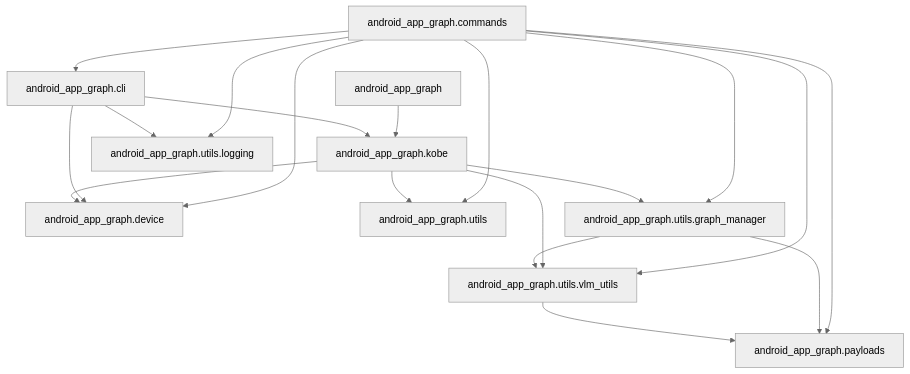
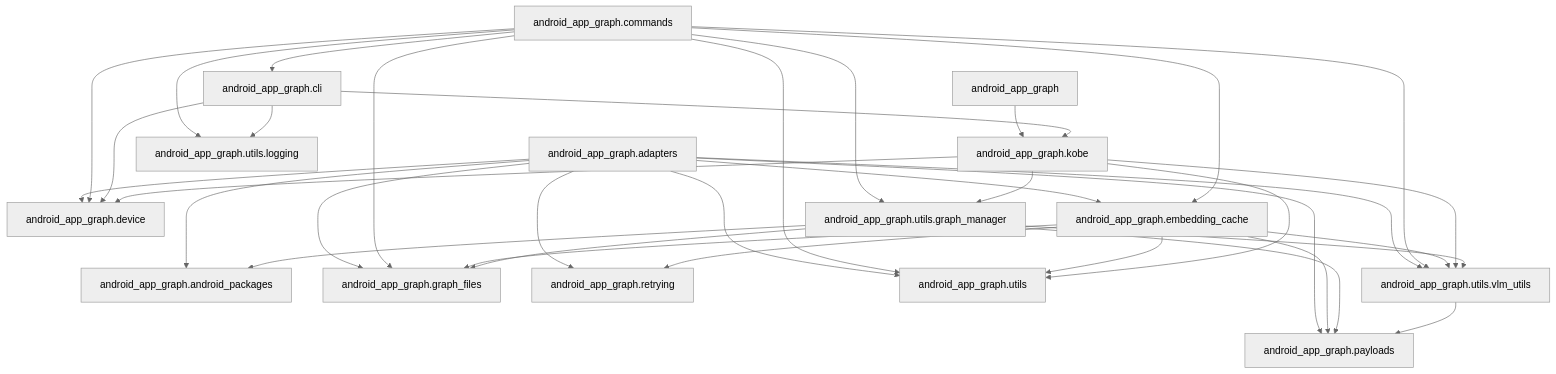
One commit to john-agi/Android-App-Graph changed the diagram in README.md. Above: the diagram before and after it, drawn with Mermaid (neutral theme). The commit also changed other lines of this file and 31 other files, not shown here.

First line of the commit message:
Move the AITK translator into android_app_graph.adapters and reduce aitk_files/android_app_graph_v2.py to a shim (#58)

````diff
--- a/README.md
+++ b/README.md
@@ -64,21 +67,37 @@
 ```mermaid
 graph TD;
     pkg["android_app_graph"] --> kobe["android_app_graph.kobe"];
+    adapters["android_app_graph.adapters"] --> pkgs["android_app_graph.android_packages"];
+    adapters --> dev["android_app_graph.device"];
+    adapters --> ec["android_app_graph.embedding_cache"];
+    adapters --> gf["android_app_graph.graph_files"];
+    adapters --> pay["android_app_graph.payloads"];
+    adapters --> retry["android_app_graph.retrying"];
+    adapters --> utils["android_app_graph.utils"];
+    adapters --> vlm["android_app_graph.utils.vlm_utils"];
     cmd["android_app_graph.commands"] --> cli["android_app_graph.cli"];
-    cmd --> dev["android_app_graph.device"];
-    cmd --> pay["android_app_graph.payloads"];
-    cmd --> utils["android_app_graph.utils"];
+    cmd --> dev;
+    cmd --> ec;
+    cmd --> gf;
+    cmd --> utils;
     cmd --> gm["android_app_graph.utils.graph_manager"];
     cmd --> logging["android_app_graph.utils.logging"];
-    cmd --> vlm["android_app_graph.utils.vlm_utils"];
+    cmd --> vlm;
     cli --> dev;
     cli --> kobe;
     cli --> logging;
+    ec --> gf;
+    ec --> pay;
+    ec --> retry;
+    ec --> utils;
+    ec --> vlm;
     kobe --> dev;
     kobe --> utils;
     kobe --> gm;
     kobe --> vlm;
+    gm --> pkgs;
+    gm --> gf;
     gm --> pay;
     gm --> vlm;
     vlm --> pay;
 ```
````
